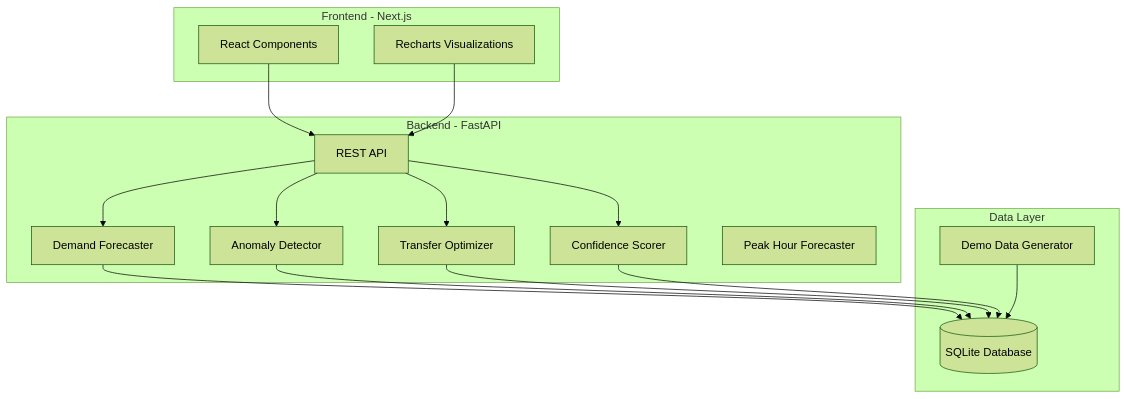
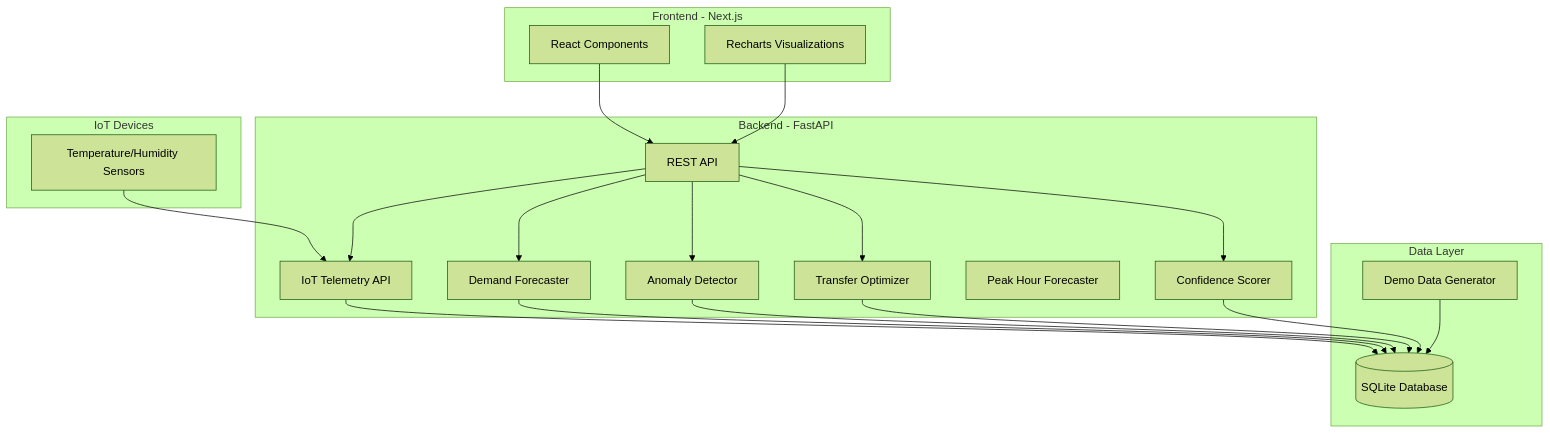
The diagram in README.md (jay6145/0ptimus), drawn with Mermaid (forest theme) before and after one commit. The commit also changed other lines of this file and 24 other files, not shown here.

````diff
--- a/README.md
+++ b/README.md
@@ -86,33 +94,41 @@
 ```mermaid
 graph TB
     subgraph "Frontend - Next.js"
         UI[React Components]
         CHARTS[Recharts Visualizations]
     end
     
     subgraph "Backend - FastAPI"
         API[REST API]
         FORECAST[Demand Forecaster]
         ANOMALY[Anomaly Detector]
         TRANSFER[Transfer Optimizer]
         CONFIDENCE[Confidence Scorer]
         PEAKHOUR[Peak Hour Forecaster]
+        TELEMETRY[IoT Telemetry API]
     end
     
     subgraph "Data Layer"
         DB[(SQLite Database)]
         SEED[Demo Data Generator]
     end
     
+    subgraph "IoT Devices"
+        SENSORS[Temperature/Humidity Sensors]
+    end
+    
     UI --> API
     CHARTS --> API
+    SENSORS --> TELEMETRY
     API --> FORECAST
     API --> ANOMALY
     API --> TRANSFER
     API --> CONFIDENCE
+    API --> TELEMETRY
+    TELEMETRY --> DB
     FORECAST --> DB
     ANOMALY --> DB
     TRANSFER --> DB
     CONFIDENCE --> DB
     SEED --> DB
 ```
````
